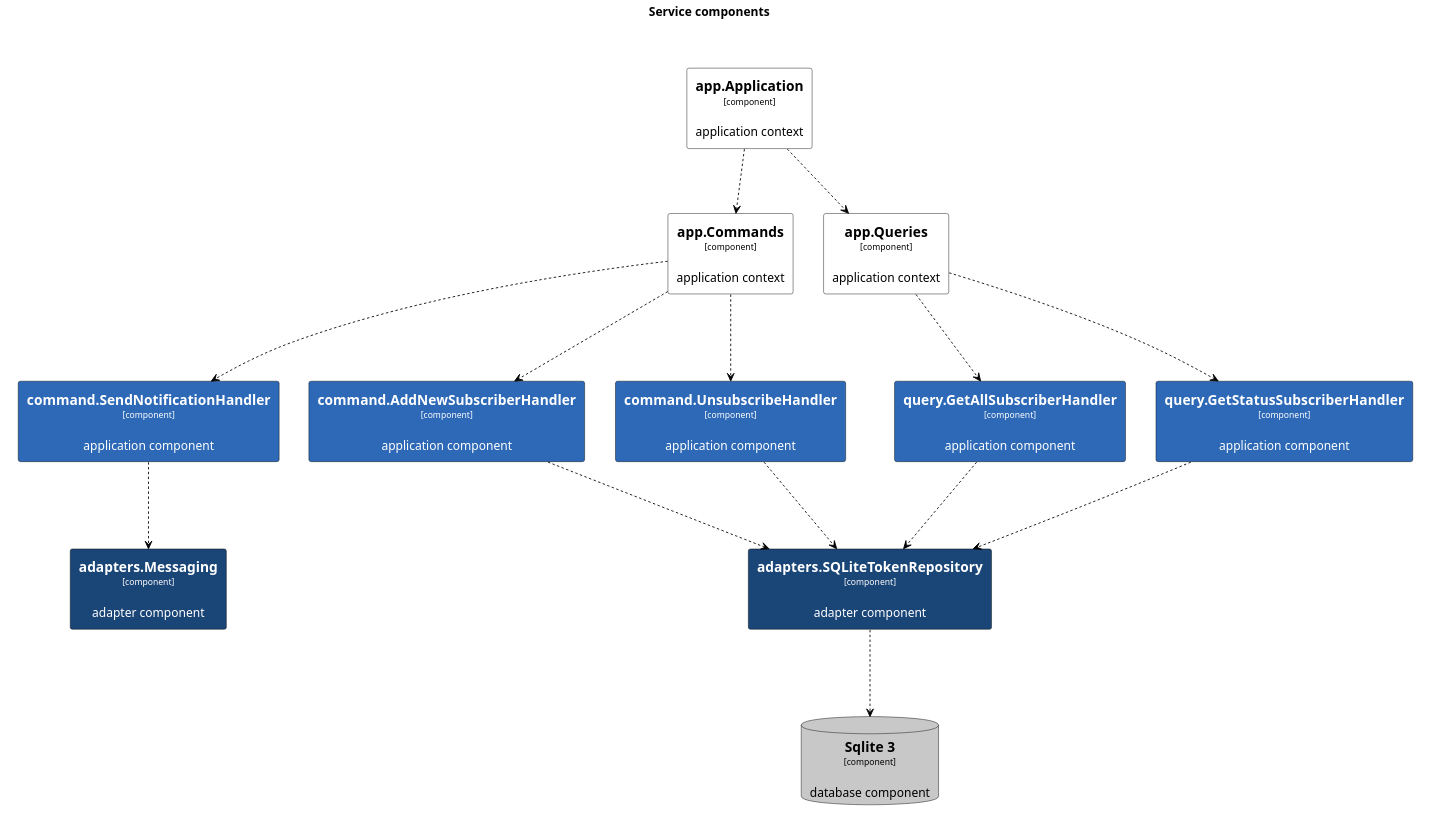
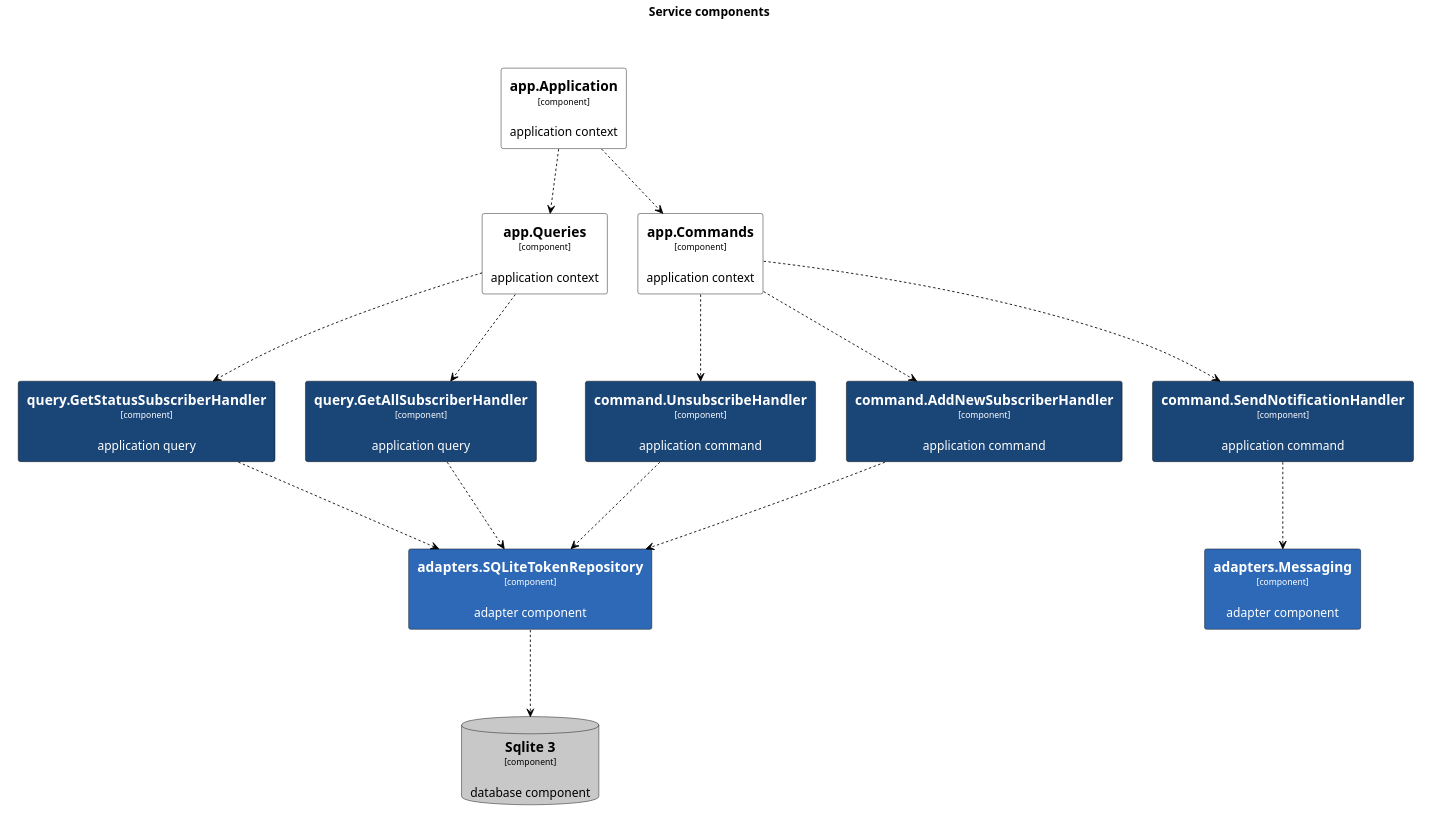
The diagram in tools/c4/out/view-notification.plantuml (jerensl/api.jerenslensun.com), drawn with PlantUML before and after one commit. The commit also changed 23 other files, not shown here.

```diff
--- a/tools/c4/out/view-notification.plantuml
+++ b/tools/c4/out/view-notification.plantuml
@@ -4,92 +4,92 @@
 @startuml
 
 title Service components
 
 skinparam {
   shadowing false
   arrowFontSize 10
   defaultTextAlignment center
   wrapWidth 200
   maxMessageSize 100
 }
 hide stereotype
 top to bottom direction
 
 scale 4096 width
 
 skinparam rectangle<<_GROUP>> {
   FontColor #ffffff
   BorderColor #ffffff
 }
 
 skinparam rectangle<<ROOT>> {
   BackgroundColor #ffffff
   FontColor #000000
   BorderColor #000000
 }
 
 skinparam rectangle<<APP>> {
-  BackgroundColor #2d69b7
+  BackgroundColor #1a4577
   FontColor #ffffff
   BorderColor #000000
 }
 
 skinparam rectangle<<ADAPTER>> {
-  BackgroundColor #1a4577
+  BackgroundColor #2d69b7
   FontColor #ffffff
   BorderColor #000000
 }
 
 skinparam database<<DB>> {
   BackgroundColor #c8c8c8
   FontColor #000000
   BorderColor #000000
 }
 
 rectangle 0ROOT <<_GROUP>> {
+	rectangle "==app.Queries\n<size:10>[component]</size>\n\napplication context" <<ROOT>> as 4092922309
+}
+rectangle 0ROOT <<_GROUP>> {
 	rectangle "==app.Application\n<size:10>[component]</size>\n\napplication context" <<ROOT>> as 1219444827
 }
 rectangle 0ROOT <<_GROUP>> {
 	rectangle "==app.Commands\n<size:10>[component]</size>\n\napplication context" <<ROOT>> as 2294722513
 }
-rectangle 0ROOT <<_GROUP>> {
-	rectangle "==app.Queries\n<size:10>[component]</size>\n\napplication context" <<ROOT>> as 4092922309
-}
 1219444827 .[#000000].> 2294722513 : ""
 1219444827 .[#000000].> 4092922309 : ""
 rectangle 22947225131APP <<_GROUP>> {
-	rectangle "==command.AddNewSubscriberHandler\n<size:10>[component]</size>\n\napplication component" <<APP>> as 590416112
+	rectangle "==command.AddNewSubscriberHandler\n<size:10>[component]</size>\n\napplication command" <<APP>> as 590416112
 }
 2294722513 .[#000000].> 590416112 : ""
 rectangle 22947225131APP <<_GROUP>> {
-	rectangle "==command.SendNotificationHandler\n<size:10>[component]</size>\n\napplication component" <<APP>> as 2574169444
+	rectangle "==command.SendNotificationHandler\n<size:10>[component]</size>\n\napplication command" <<APP>> as 2574169444
 }
 2294722513 .[#000000].> 2574169444 : ""
 rectangle 22947225131APP <<_GROUP>> {
-	rectangle "==command.UnsubscribeHandler\n<size:10>[component]</size>\n\napplication component" <<APP>> as 1124392174
+	rectangle "==command.UnsubscribeHandler\n<size:10>[component]</size>\n\napplication command" <<APP>> as 1124392174
 }
 2294722513 .[#000000].> 1124392174 : ""
 rectangle 40929223091APP <<_GROUP>> {
-	rectangle "==query.GetStatusSubscriberHandler\n<size:10>[component]</size>\n\napplication component" <<APP>> as 3694443522
+	rectangle "==query.GetAllSubscriberHandler\n<size:10>[component]</size>\n\napplication query" <<APP>> as 2333426321
+}
+4092922309 .[#000000].> 2333426321 : ""
+rectangle 40929223091APP <<_GROUP>> {
+	rectangle "==query.GetStatusSubscriberHandler\n<size:10>[component]</size>\n\napplication query" <<APP>> as 3694443522
 }
 4092922309 .[#000000].> 3694443522 : ""
-rectangle 40929223091APP <<_GROUP>> {
-	rectangle "==query.GetAllSubscriberHandler\n<size:10>[component]</size>\n\napplication component" <<APP>> as 2333426321
-}
-4092922309 .[#000000].> 2333426321 : ""
-rectangle 5904161122ADAPTER <<_GROUP>> {
+rectangle 36944435222ADAPTER <<_GROUP>> {
 	rectangle "==adapters.SQLiteTokenRepository\n<size:10>[component]</size>\n\nadapter component" <<ADAPTER>> as 2299476203
 }
+3694443522 .[#000000].> 2299476203 : ""
 590416112 .[#000000].> 2299476203 : ""
 rectangle 25741694442ADAPTER <<_GROUP>> {
 	rectangle "==adapters.Messaging\n<size:10>[component]</size>\n\nadapter component" <<ADAPTER>> as 2237742650
 }
 2574169444 .[#000000].> 2237742650 : ""
 1124392174 .[#000000].> 2299476203 : ""
-3694443522 .[#000000].> 2299476203 : ""
 2333426321 .[#000000].> 2299476203 : ""
 rectangle 22994762033DB <<_GROUP>> {
 	database "==Sqlite 3\n<size:10>[component]</size>\n\ndatabase component" <<DB>> as 2896215565
 }
 2299476203 .[#000000].> 2896215565 : ""
 @enduml
```
